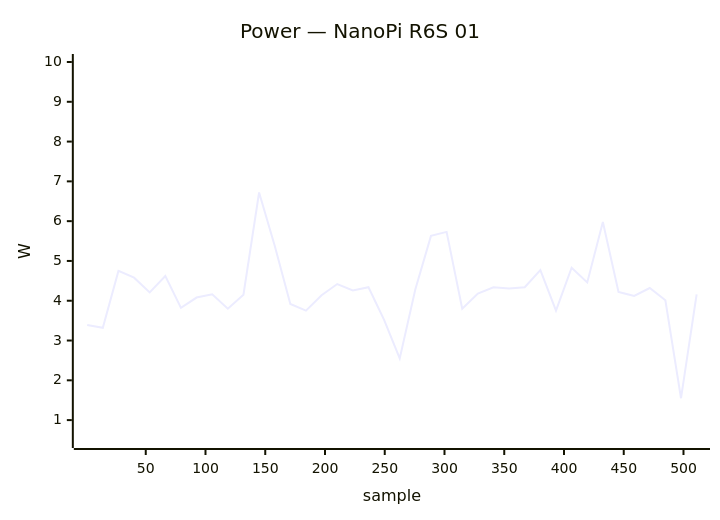
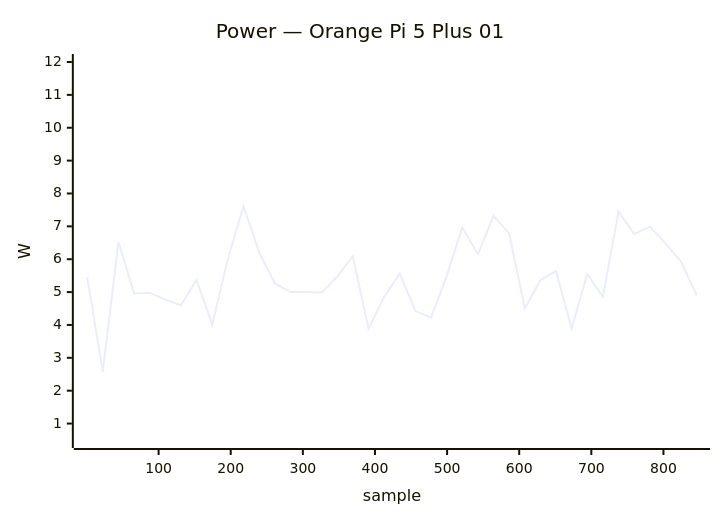
The fifth of 34 diagrams in docs/status/board-tests.md (armbian/documentation), drawn with Mermaid before and after one commit. The commit also changed other lines of this file, not shown here.

````diff
--- a/docs/status/board-tests.md
+++ b/docs/status/board-tests.md
@@ -268,7 +275,7 @@
 ```mermaid
 xychart-beta
-    title "Power — NanoPi R6S 01"
-    x-axis "sample" 1 --> 511
-    y-axis "W" 0.5 --> 10.0
-    line [3.39, 3.32, 4.75, 4.58, 4.21, 4.62, 3.82, 4.08, 4.16, 3.80, 4.15, 6.72, 5.38, 3.92, 3.75, 4.14, 4.42, 4.26, 4.34, 3.52, 2.55, 4.29, 5.63, 5.73, 3.80, 4.18, 4.34, 4.31, 4.34, 4.77, 3.75, 4.83, 4.46, 5.98, 4.22, 4.12, 4.32, 4.01, 1.55, 4.16]
+    title "Power — Orange Pi 5 Plus 01"
+    x-axis "sample" 1 --> 846
+    y-axis "W" 0.5 --> 12.0
+    line [5.46, 2.57, 6.53, 4.96, 4.98, 4.77, 4.60, 5.37, 4.01, 6.00, 7.61, 6.21, 5.27, 5.00, 5.00, 4.98, 5.47, 6.10, 3.89, 4.85, 5.56, 4.43, 4.22, 5.48, 6.97, 6.15, 7.32, 6.79, 4.51, 5.36, 5.64, 3.89, 5.55, 4.85, 7.45, 6.77, 6.99, 6.49, 5.93, 4.90]
 ```
````
